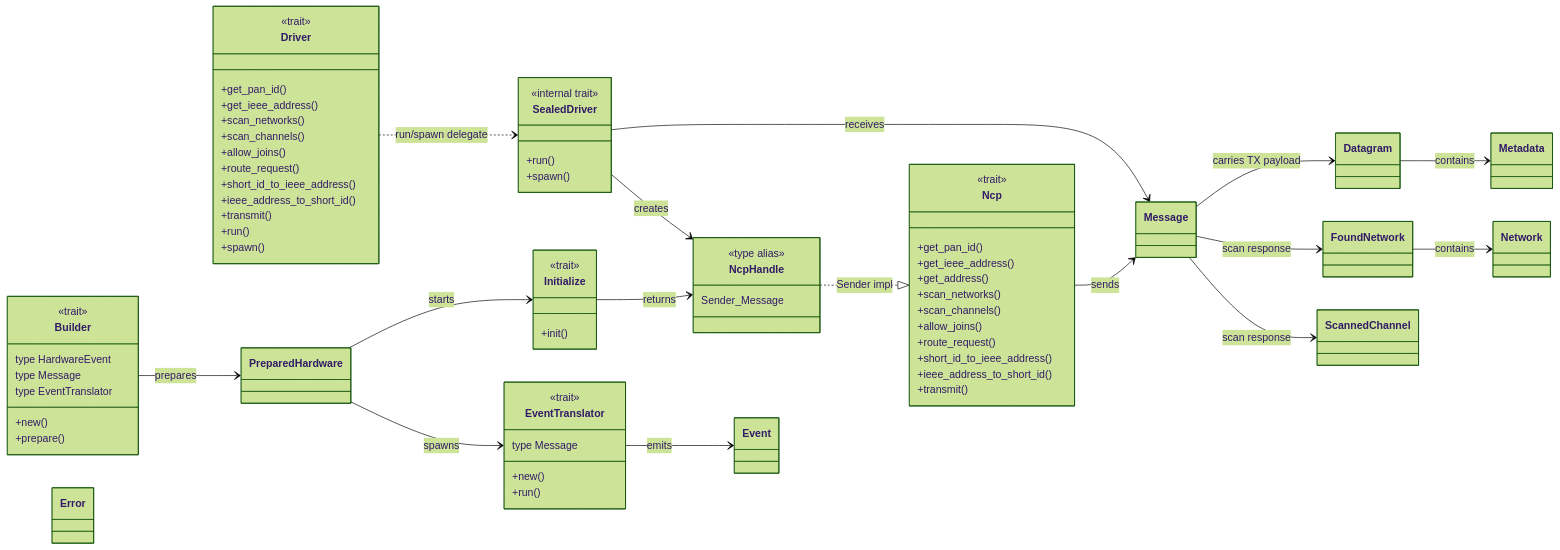
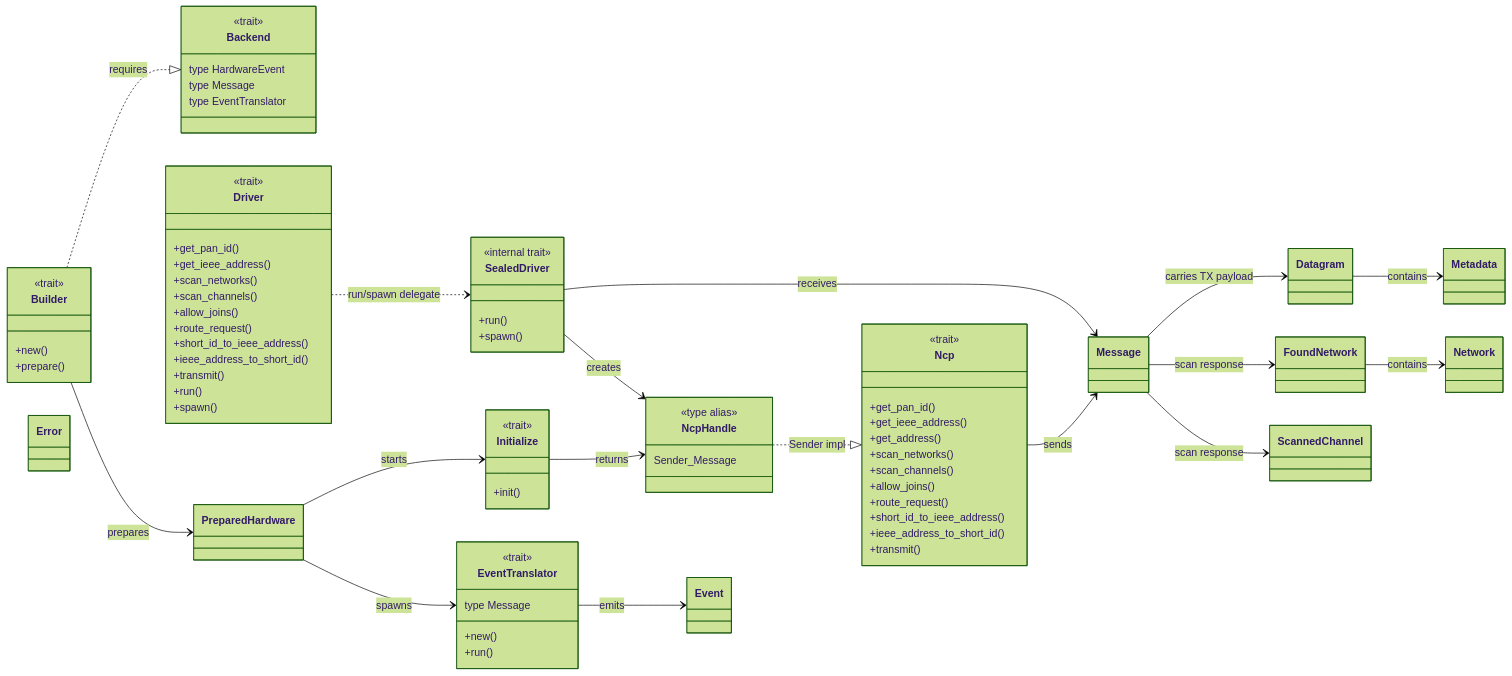
One commit to PaulmannLighting/apis-saltans changed the first of 4 diagrams in apis-saltans-hw/ARCHITECTURE.md. Above: the diagram before and after it, drawn with Mermaid (forest theme). The commit also changed other lines of this file and 4 other files, not shown here.

```diff
--- a/apis-saltans-hw/ARCHITECTURE.md
+++ b/apis-saltans-hw/ARCHITECTURE.md
@@ -52,11 +55,15 @@
 classDiagram
     direction LR
 
-    class Builder {
+    class Backend {
         <<trait>>
         type HardwareEvent
         type Message
         type EventTranslator
+    }
+
+    class Builder {
+        <<trait>>
         +new()
         +prepare()
     }
@@ -123,6 +130,7 @@
     class ScannedChannel
     class Error
 
+    Builder ..|> Backend : requires
     Builder --> PreparedHardware : prepares
     PreparedHardware --> Initialize : starts
     PreparedHardware --> EventTranslator : spawns
```
